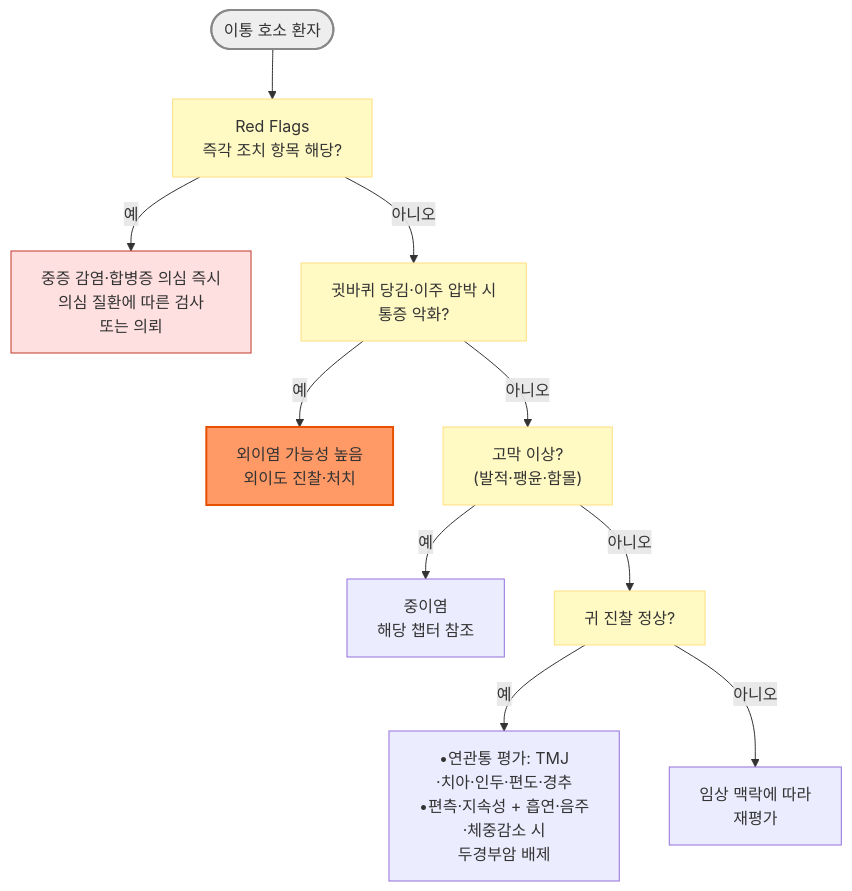
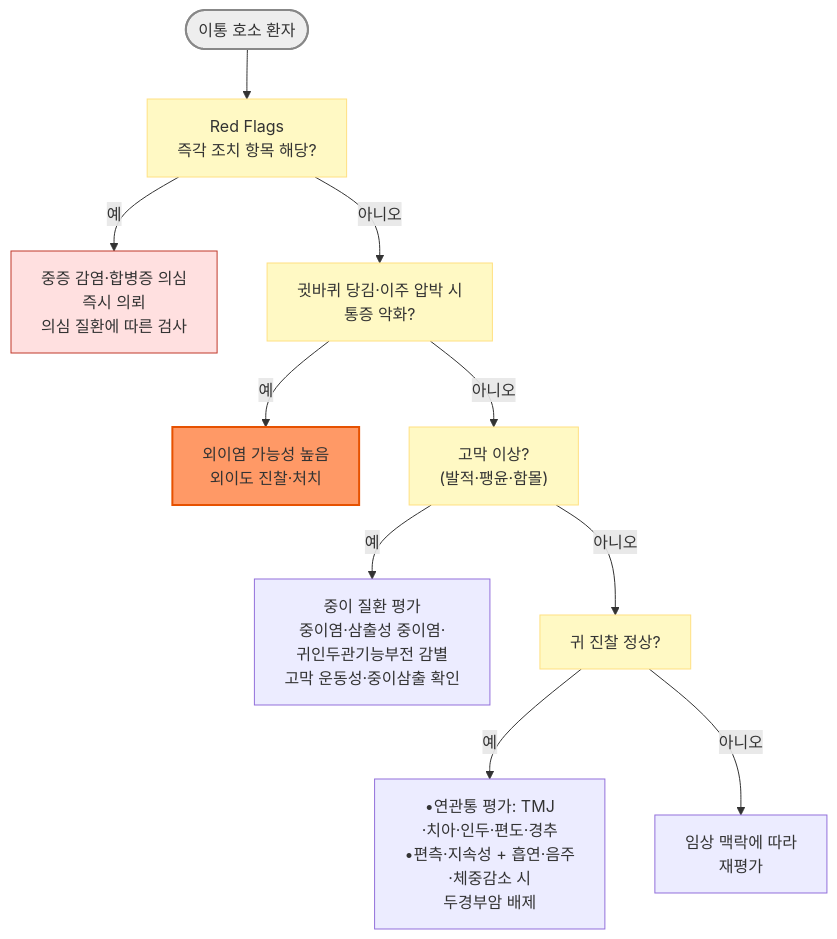
Before and after one commit to familyoh77/familyoh77: the first of 2 diagrams in 222_/047_-otitis-externa.md, drawn with Mermaid. The commit also changed other lines of this file, not shown here.

````diff
--- a/222_/047_-otitis-externa.md
+++ b/222_/047_-otitis-externa.md
@@ -107,17 +111,17 @@
 ```mermaid
 graph TD
     S(["이통 호소 환자"]) --> RF["Red Flags <br/>즉각 조치 항목 해당?"]
-    RF -- "예" --> NOE["중증 감염·합병증 의심 즉시 <br/>의심 질환에 따른 검사<br/>또는 의뢰"]
+    RF -- "예" --> NOE["중증 감염·합병증 의심<br/>즉시 의뢰<br/>의심 질환에 따른 검사"]
     RF -- "아니오" --> Q1["귓바퀴 당김·이주 압박 시<br/>통증 악화?"]
     Q1 -- "예" --> OE["외이염 가능성 높음<br/>외이도 진찰·처치"]
     Q1 -- "아니오" --> Q2["고막 이상?<br/>(발적·팽윤·함몰)"]
-    Q2 -- "예" --> OM["중이염<br/>해당 챕터 참조"]
+    Q2 -- "예" --> OM["중이 질환 평가<br/>중이염·삼출성 중이염·<br/>귀인두관기능부전 감별<br/>고막 운동성·중이삼출 확인"]
     Q2 -- "아니오" --> Q3["귀 진찰 정상?"]
     Q3 -- "예" --> REF["•연관통 평가: TMJ<br/>·치아·인두·편도·경추<br/>•편측·지속성 + 흡연·음주<br/>·체중감소 시 <br/>두경부암 배제"]
     Q3 -- "아니오" --> EVAL["임상 맥락에 따라 <br/>재평가"]
     style S fill:#eeeeee,stroke:#888888,stroke-width:2px
     classDef y fill:#fff9c4,stroke:#ffe082
     class RF,Q1,Q2,Q3 y
     style NOE fill:#ffe0e0,stroke:#c0392b
     style OE fill:#f96,stroke:#e65100,stroke-width:2px
 ```
````
